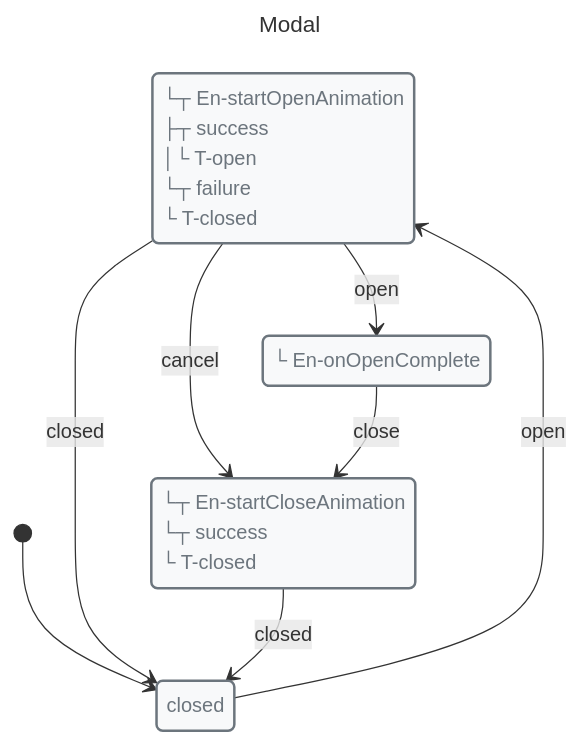
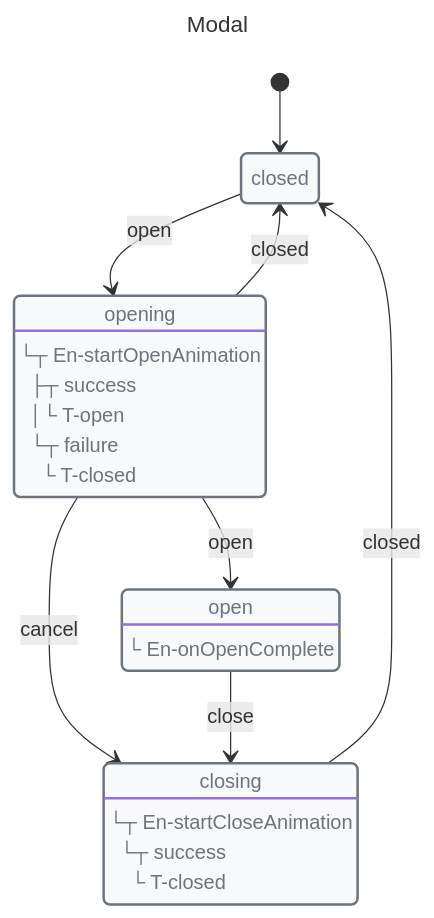
One commit to Masquerade-Circus/x-robot changed the third of 5 diagrams in docs/recipes/modal-dialog.md. Above: the diagram before and after it, drawn with Mermaid. The commit also changed other lines of this file and 123 other files, not shown here.

Commit message:
refactor: improve mermaid code

````diff
--- a/docs/recipes/modal-dialog.md
+++ b/docs/recipes/modal-dialog.md
@@ -149,35 +149,36 @@
 ```mermaid
 ---
 title: Modal
 ---
 
 stateDiagram-v2
+direction TB
 
 classDef danger fill:#f8d7da,stroke:#721c24,stroke-width:2px,text-align:left,color:#721c24
 classDef warning fill:#fff3cd,stroke:#856404,stroke-width:2px,text-align:left,color:#856404
 classDef success fill:#d4edda,stroke:#155724,stroke-width:2px,text-align:left,color:#155724
 classDef primary fill:#cce5ff,stroke:#004085,stroke-width:2px,text-align:left,color:#004085
 classDef info fill:#d1ecf1,stroke:#0c5460,stroke-width:2px,text-align:left,color:#0c5460
 classDef def fill:#f8f9fa,stroke:#6c757d,stroke-width:2px,text-align:left,color:#6c757d
 
-state closed
-state opening
-state open
-state closing
+state "closed" as closed
+state "opening" as opening
+state "open" as open
+state "closing" as closing
 class closed def
 class opening def
 class open def
 class closing def
 
-opening: └┬ En-startOpenAnimation<br> ├┬ success<br> │└ T-open<br> └┬ failure<br>  └ T-closed
+opening: └┬ En-startOpenAnimation<br> ├┬ success<br> │└ T-open<br> └┬ failure<br>  └ T-closed
 open: └ En-onOpenComplete
-closing: └┬ En-startCloseAnimation<br> └┬ success<br>  └ T-closed
+closing: └┬ En-startCloseAnimation<br> └┬ success<br>  └ T-closed
 
 [*] --> closed
 closed --> opening: open
 opening --> open: open
 opening --> closed: closed
 opening --> closing: cancel
 open --> closing: close
 closing --> closed: closed
 ```
````
